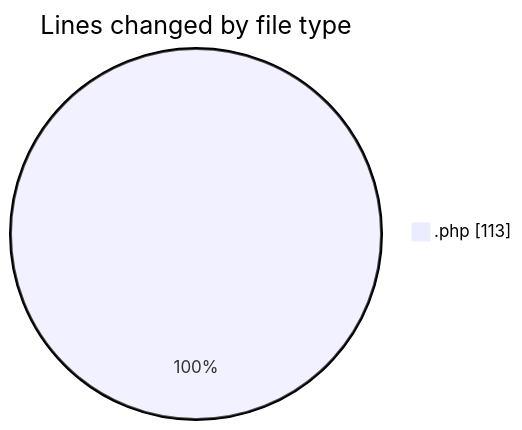
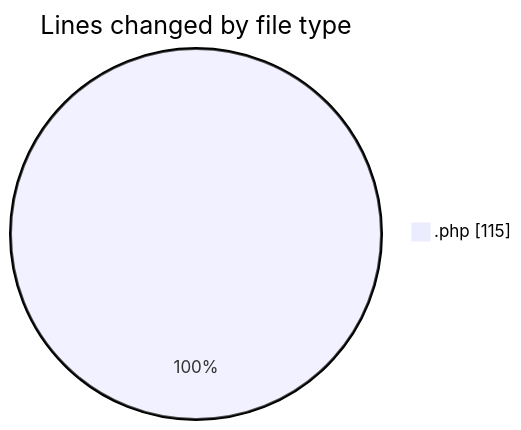
The first of 2 diagrams in 2025-01-24/web/README.md (LanceThiago/code-tracking), drawn with Mermaid before and after one commit. The commit also changed other lines of this file and 1 other file, not shown here.

````diff
--- a/2025-01-24/web/README.md
+++ b/2025-01-24/web/README.md
@@ -20,5 +20,5 @@
 ```mermaid
 pie showData
 title Lines changed by file type
-".php" : 113
+".php" : 115
 ```
````
